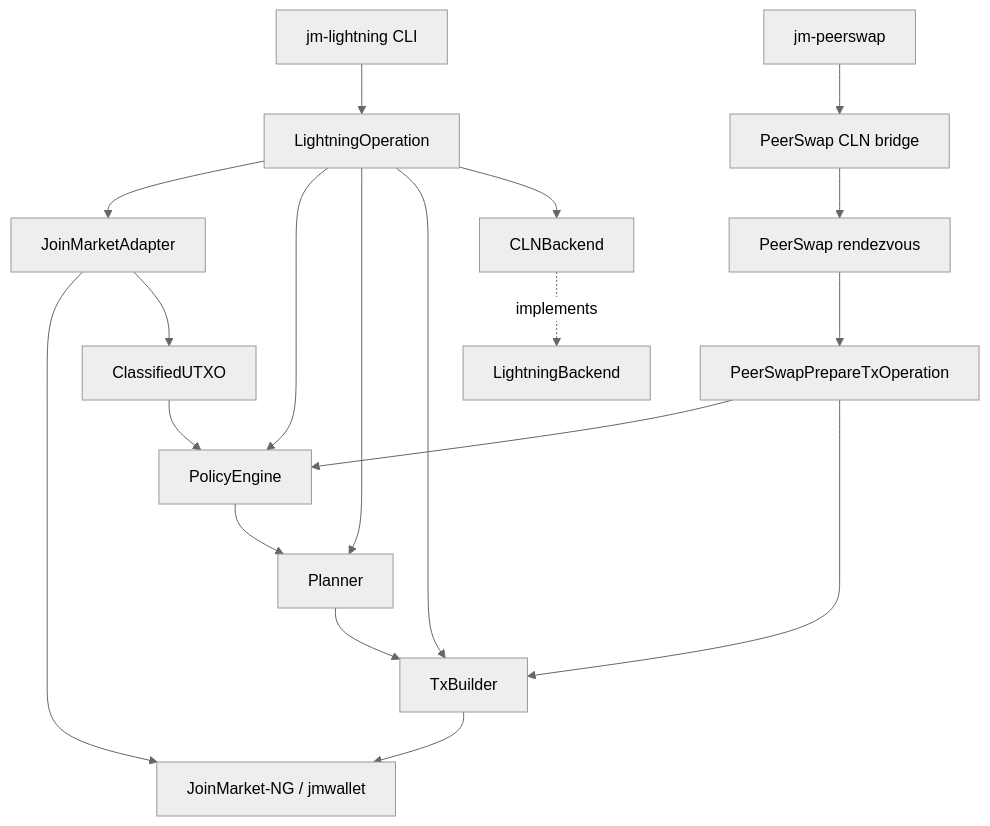
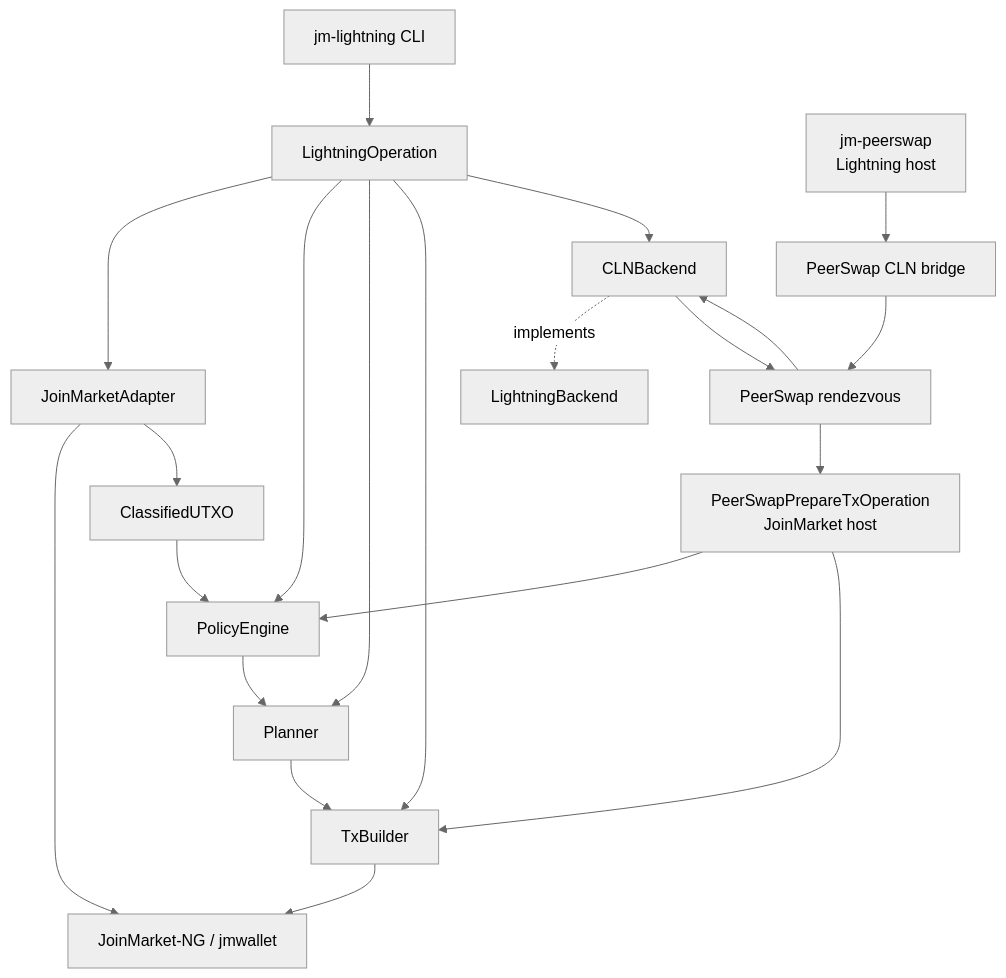
Before and after one commit to aido/jmlightning: the first of 5 diagrams in README.md, drawn with Mermaid (neutral theme). The commit also changed other lines of this file, not shown here.

Commit message:
docs: document host model, recovery and PeerSwap flow

````diff
--- a/README.md
+++ b/README.md
@@ -454,23 +481,25 @@
 ```mermaid
 graph TD
     CLI["jm-lightning CLI"] --> OP["LightningOperation"]
     OP --> JMA["JoinMarketAdapter"]
     OP --> POLICY["PolicyEngine"]
     OP --> PLANNER["Planner"]
     OP --> TX["TxBuilder"]
     OP --> CLN["CLNBackend"]
 
     JMA --> JM["JoinMarket-NG / jmwallet"]
     JMA --> MODEL["ClassifiedUTXO"]
     MODEL --> POLICY
     POLICY --> PLANNER
     PLANNER --> TX
     TX --> JM
     CLN -. implements .-> LB["LightningBackend"]
 
-    PS["jm-peerswap"] --> PROXY["PeerSwap CLN bridge"]
+    PS["jm-peerswap<br/>Lightning host"] --> PROXY["PeerSwap CLN bridge"]
     PROXY --> RS["PeerSwap rendezvous"]
-    RS --> PSOP["PeerSwapPrepareTxOperation"]
+    RS --> CLN
+    CLN --> RS
+    RS --> PSOP["PeerSwapPrepareTxOperation<br/>JoinMarket host"]
     PSOP --> POLICY
     PSOP --> TX
 ```
````
